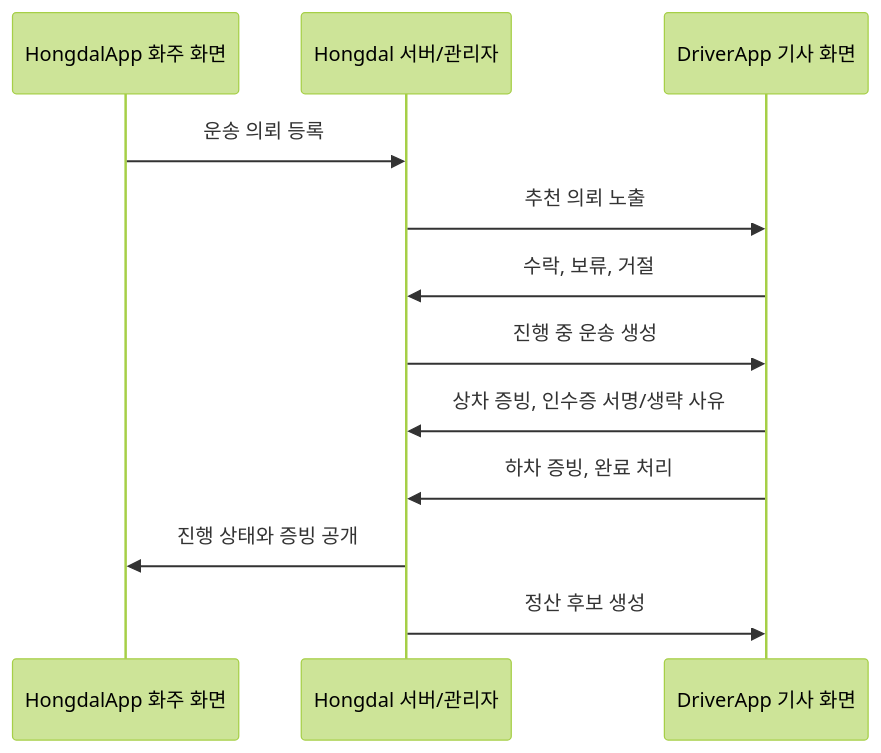
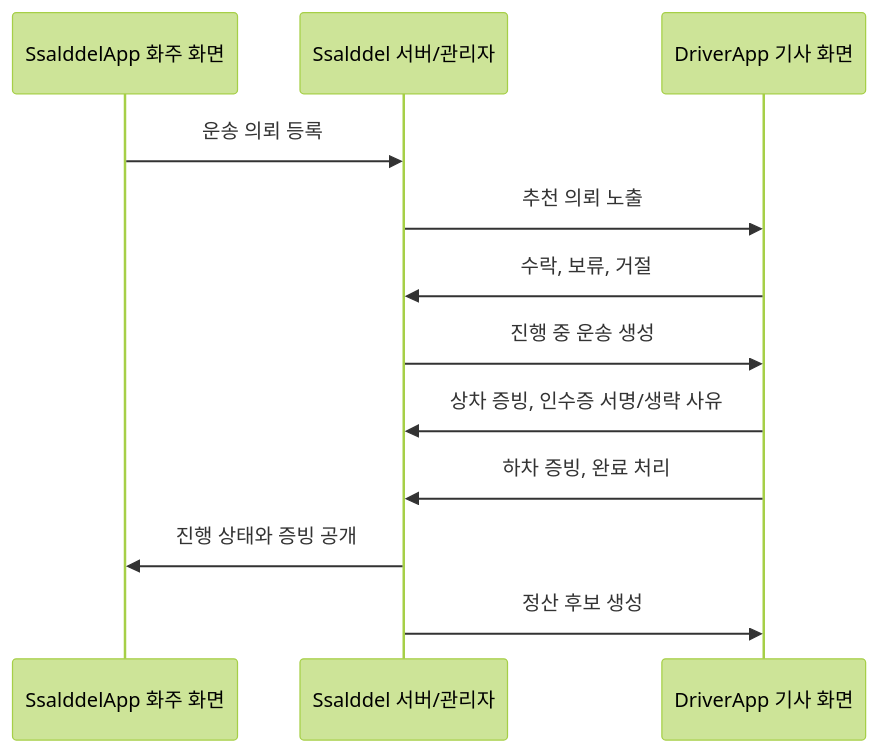
Before and after one commit to cheolwo/hongdal: the seventh of 9 diagrams in docs/ProjectOverview/workflow-app-screen-map.md, drawn with Mermaid (forest theme). The commit also changed other lines of this file and 6611 other files, not shown here.

Commit message:
refactor: rename Hongdal to Ssalddel

````diff
--- a/docs/ProjectOverview/workflow-app-screen-map.md
+++ b/docs/ProjectOverview/workflow-app-screen-map.md
@@ -227,15 +227,15 @@
 ```mermaid
 sequenceDiagram
-    participant Shipper as HongdalApp 화주 화면
-    participant Admin as Hongdal 서버/관리자
+    participant Shipper as SsalddelApp 화주 화면
+    participant Admin as Ssalddel 서버/관리자
     participant Driver as DriverApp 기사 화면
 
     Shipper->>Admin: 운송 의뢰 등록
     Admin->>Driver: 추천 의뢰 노출
     Driver->>Admin: 수락, 보류, 거절
     Admin->>Driver: 진행 중 운송 생성
     Driver->>Admin: 상차 증빙, 인수증 서명/생략 사유
     Driver->>Admin: 하차 증빙, 완료 처리
     Admin->>Shipper: 진행 상태와 증빙 공개
     Admin->>Driver: 정산 후보 생성
 ```
````
